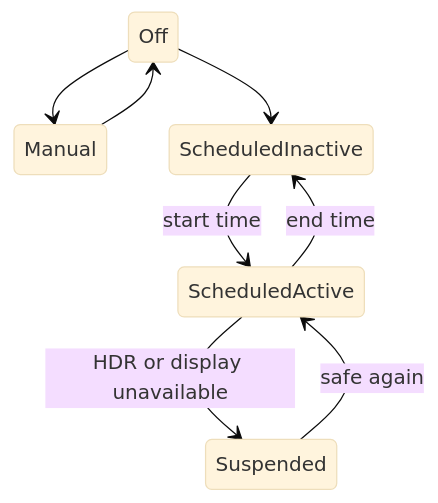
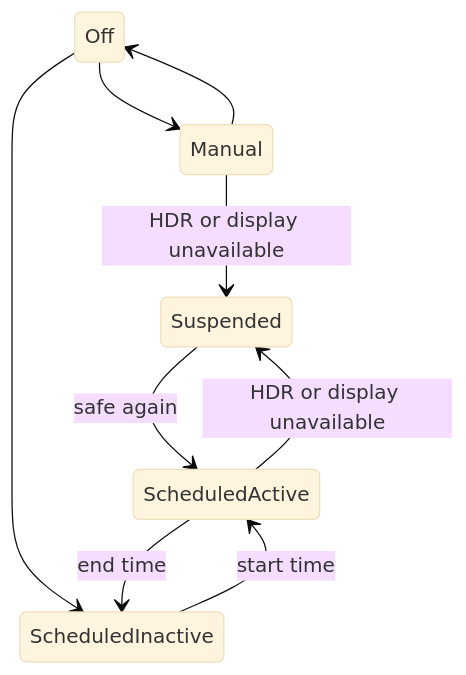
The diagram in specs/10-night-comfort.md (gibbok/displayora), drawn with Mermaid (base theme) before and after one commit. The commit also changed 3 other files, not shown here.

````diff
--- a/specs/10-night-comfort.md
+++ b/specs/10-night-comfort.md
@@ -31,10 +31,11 @@
 ```mermaid
 stateDiagram-v2
     Off --> Manual
     Off --> ScheduledInactive
     Manual --> Off
+    Manual --> Suspended: HDR or display unavailable
     ScheduledInactive --> ScheduledActive: start time
     ScheduledActive --> ScheduledInactive: end time
     ScheduledActive --> Suspended: HDR or display unavailable
     Suspended --> ScheduledActive: safe again
 ```
````
